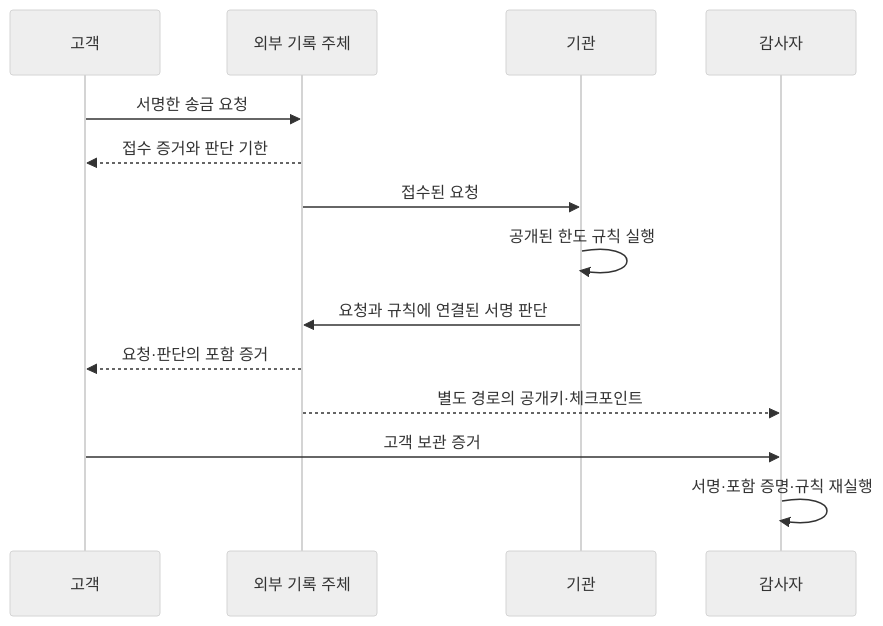
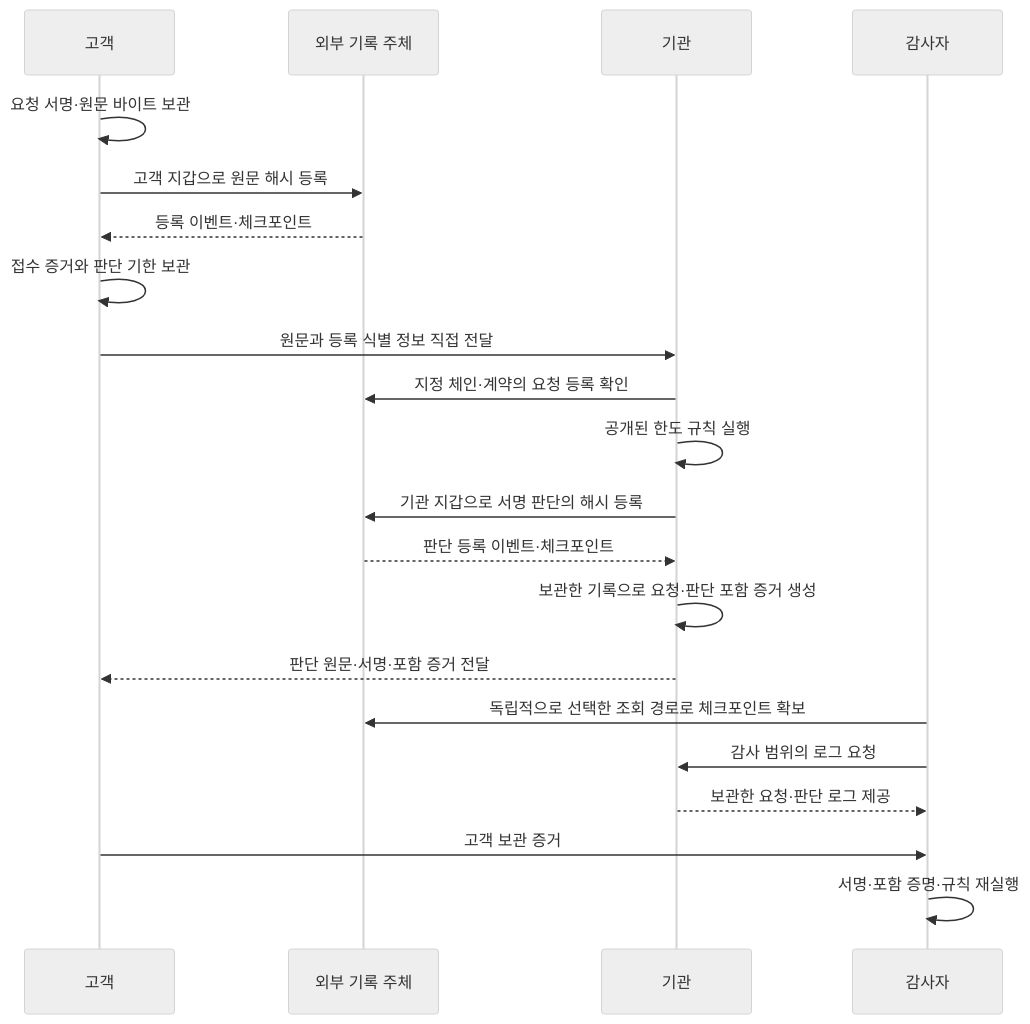
The diagram in README.md (tetherkim/trust404), drawn with Mermaid (neutral theme) before and after one commit. The commit also changed other lines of this file, not shown here.

````diff
--- a/README.md
+++ b/README.md
@@ -49,16 +105,23 @@
 ```mermaid
 sequenceDiagram
     participant C as 고객
     participant W as 외부 기록 주체
     participant I as 기관
     participant A as 감사자
-    C->>W: 서명한 송금 요청
-    W-->>C: 접수 증거와 판단 기한
-    W->>I: 접수된 요청
+    C->>C: 요청 서명·원문 바이트 보관
+    C->>W: 고객 지갑으로 원문 해시 등록
+    W-->>C: 등록 이벤트·체크포인트
+    C->>C: 접수 증거와 판단 기한 보관
+    C->>I: 원문과 등록 식별 정보 직접 전달
+    I->>W: 지정 체인·계약의 요청 등록 확인
     I->>I: 공개된 한도 규칙 실행
-    I->>W: 요청과 규칙에 연결된 서명 판단
-    W-->>C: 요청·판단의 포함 증거
-    W-->>A: 별도 경로의 공개키·체크포인트
+    I->>W: 기관 지갑으로 서명 판단의 해시 등록
+    W-->>I: 판단 등록 이벤트·체크포인트
+    I->>I: 보관한 기록으로 요청·판단 포함 증거 생성
+    I-->>C: 판단 원문·서명·포함 증거 전달
+    A->>W: 독립적으로 선택한 조회 경로로 체크포인트 확보
+    A->>I: 감사 범위의 로그 요청
+    I-->>A: 보관한 요청·판단 로그 제공
     C->>A: 고객 보관 증거
     A->>A: 서명·포함 증명·규칙 재실행
 ```
````
